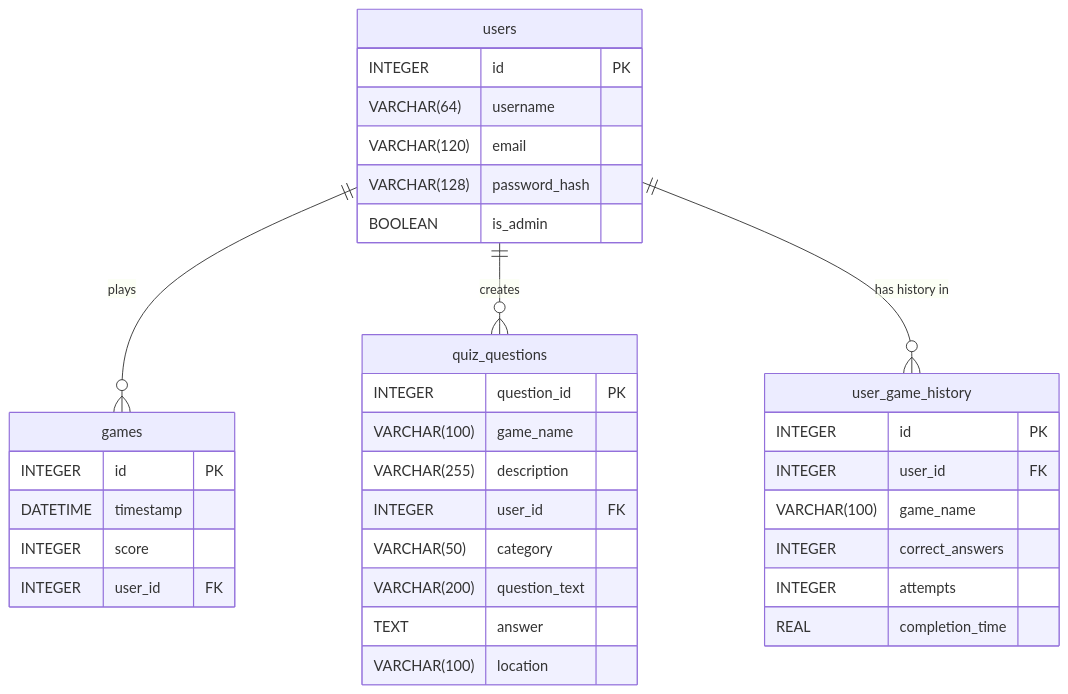
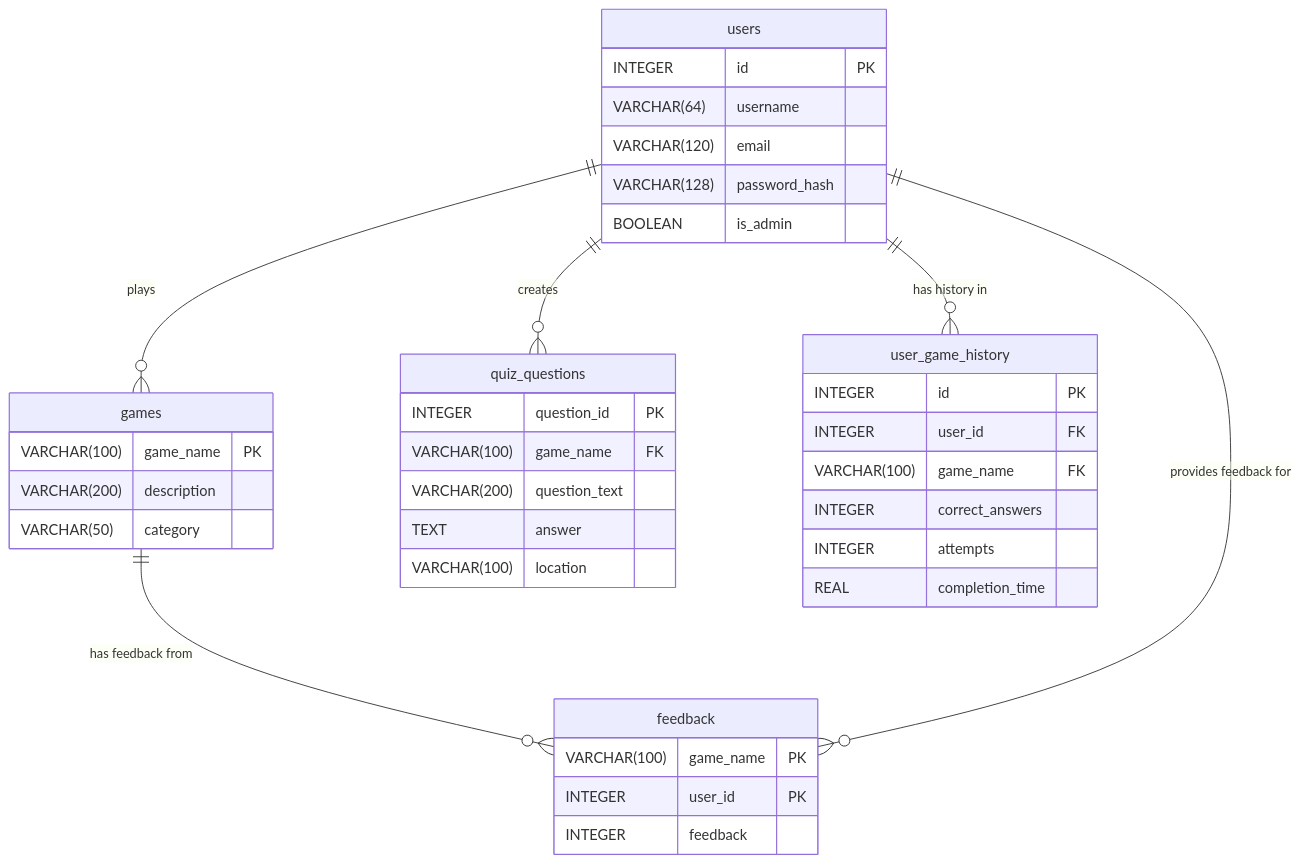
The diagram in ER_diagram.md (Ishi01/CITS5505Group41Project), drawn with Mermaid before and after one commit.

Commit message:
Update ER_Diagram

````diff
--- a/ER_diagram.md
+++ b/ER_diagram.md
@@ -1,40 +1,43 @@
 ```mermaid
 erDiagram
     users ||--o{ games : "plays"
     users {
         INTEGER id PK
         VARCHAR(64) username
         VARCHAR(120) email
         VARCHAR(128) password_hash
         BOOLEAN is_admin
     }
     games {
-        INTEGER id PK
-        DATETIME timestamp
-        INTEGER score
-        INTEGER user_id FK
+        VARCHAR(100) game_name PK
+        VARCHAR(200) description
+        VARCHAR(50) category
     }
-
+    games ||--o{ feedback : "has feedback from"
+    feedback {
+        VARCHAR(100) game_name PK
+        INTEGER user_id PK
+        INTEGER feedback
+    }
+    users ||--o{ feedback : "provides feedback for"
+    
     users ||--o{ quiz_questions : "creates"
     quiz_questions {
         INTEGER question_id PK
-        VARCHAR(100) game_name
-        VARCHAR(255) description
-        INTEGER user_id FK
-        VARCHAR(50) category
+        VARCHAR(100) game_name FK
         VARCHAR(200) question_text
         TEXT answer
         VARCHAR(100) location
     }
 
     users ||--o{ user_game_history : "has history in"
     user_game_history {
         INTEGER id PK
         INTEGER user_id FK
-        VARCHAR(100) game_name
+        VARCHAR(100) game_name FK
         INTEGER correct_answers
         INTEGER attempts
         REAL completion_time
     }
 
 ```
````
